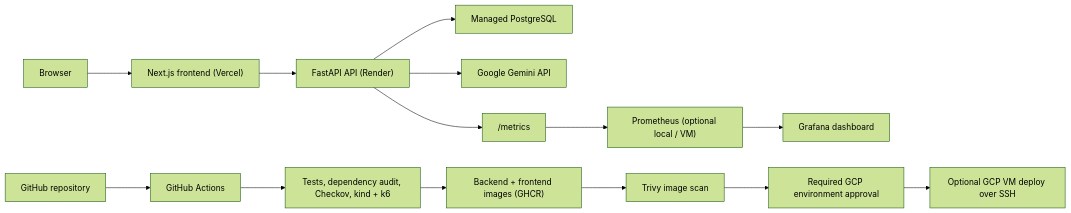
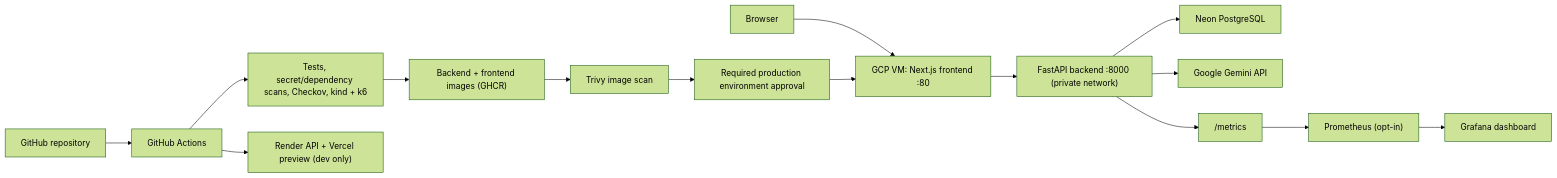
One commit to Ssaiyajin/careerops changed the diagram in README.md. Above: the diagram before and after it, drawn with Mermaid (forest theme). The commit also changed other lines of this file and 23 other files, not shown here.

First line of the commit message:
Align production deployment with GCP VM

````diff
--- a/README.md
+++ b/README.md
@@ -67,17 +75,18 @@
 ```mermaid
 flowchart LR
-    Browser --> Vercel["Next.js frontend (Vercel)"]
-    Vercel --> Render["FastAPI API (Render)"]
-    Render --> Database["Managed PostgreSQL"]
-    Render --> Gemini["Google Gemini API"]
-    Render --> Metrics["/metrics"]
-    Metrics --> Prometheus["Prometheus (optional local / VM)"]
+    Browser --> VM["GCP VM: Next.js frontend :80"]
+    VM --> API["FastAPI backend :8000 (private network)"]
+    API --> Database["Neon PostgreSQL"]
+    API --> Gemini["Google Gemini API"]
+    API --> Metrics["/metrics"]
+    Metrics --> Prometheus["Prometheus (opt-in)"]
     Prometheus --> Grafana["Grafana dashboard"]
 
     Repo["GitHub repository"] --> Actions["GitHub Actions"]
-    Actions --> Checks["Tests, dependency audit, Checkov, kind + k6"]
+    Actions --> Checks["Tests, secret/dependency scans, Checkov, kind + k6"]
     Checks --> Images["Backend + frontend images (GHCR)"]
     Images --> Scan["Trivy image scan"]
-    Scan --> Approval["Required GCP environment approval"]
-    Approval --> VM["Optional GCP VM deploy over SSH"]
+    Scan --> Approval["Required production environment approval"]
+    Approval --> VM
+    Actions --> Dev["Render API + Vercel preview (dev only)"]
 ```
````
